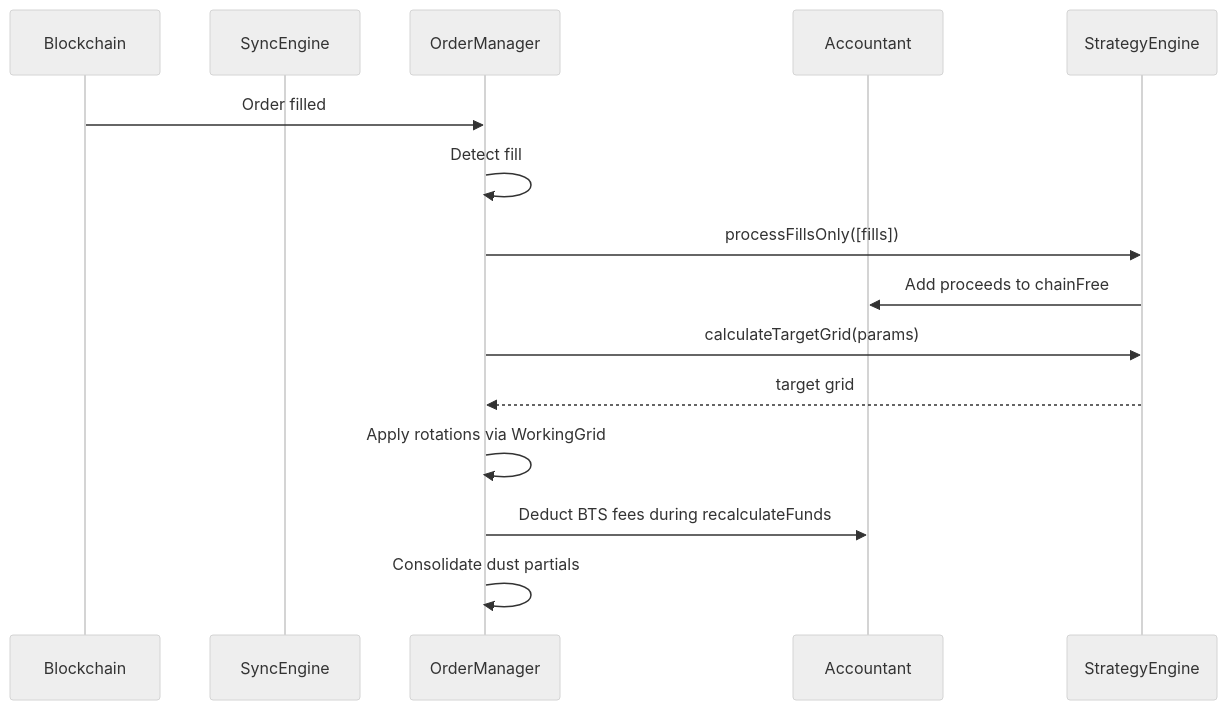
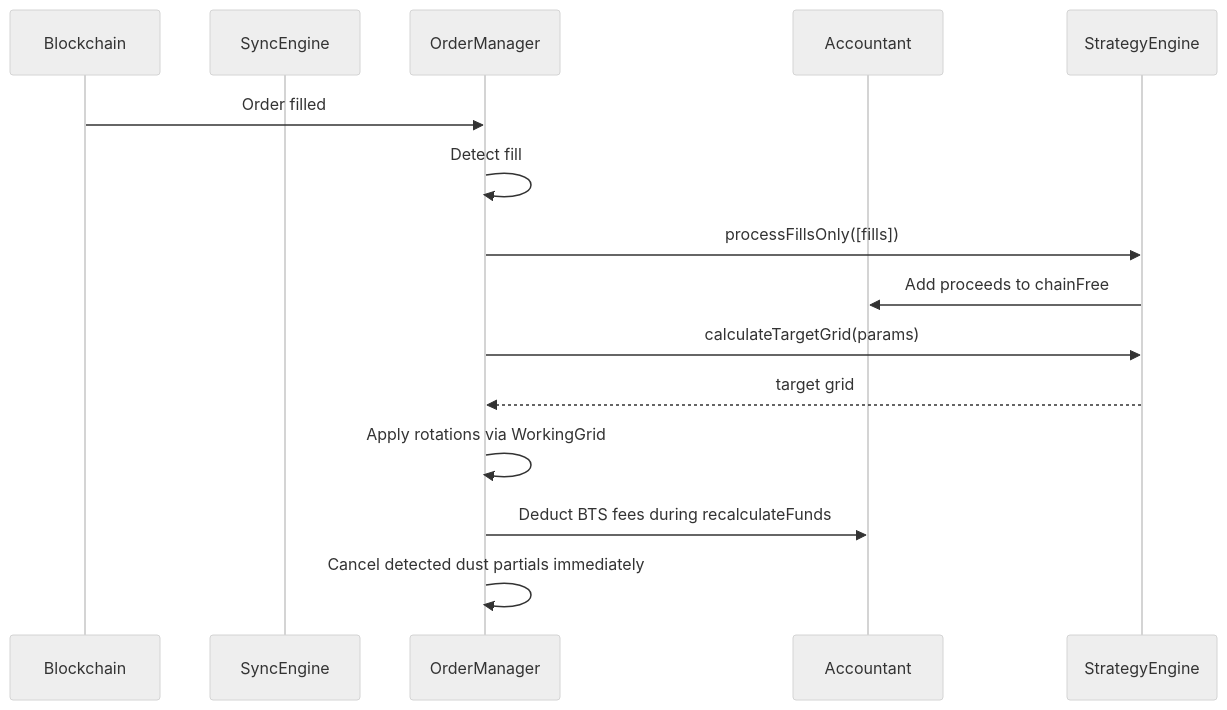
One commit to abitmore/DEXBot2 changed the eighth of 13 diagrams in docs/architecture.md. Above: the diagram before and after it, drawn with Mermaid (neutral theme). The commit also changed other lines of this file and 9 other files, not shown here.

````diff
--- a/docs/architecture.md
+++ b/docs/architecture.md
@@ -866,20 +872,20 @@
 ```mermaid
 sequenceDiagram
     participant Chain as Blockchain
     participant Sync as SyncEngine
     participant Mgr as OrderManager
     participant Acct as Accountant
     participant Strat as StrategyEngine
 
     Chain->>Mgr: Order filled
     Mgr->>Mgr: Detect fill
     Mgr->>Strat: processFillsOnly([fills])
 
     Strat->>Acct: Add proceeds to chainFree
 
     Mgr->>Strat: calculateTargetGrid(params)
     Strat-->>Mgr: target grid
     Mgr->>Mgr: Apply rotations via WorkingGrid
     Mgr->>Acct: Deduct BTS fees during recalculateFunds
-    Mgr->>Mgr: Consolidate dust partials
+    Mgr->>Mgr: Cancel detected dust partials immediately
 ```
````
